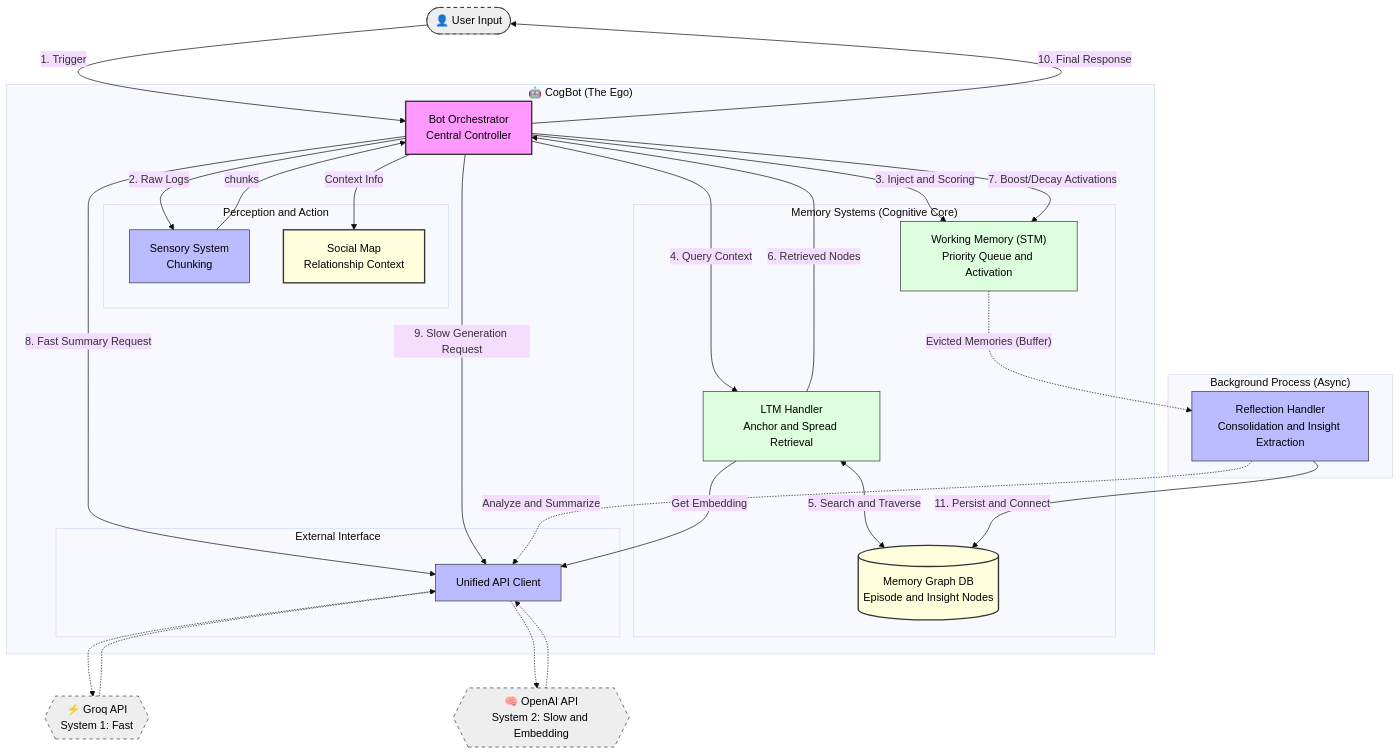
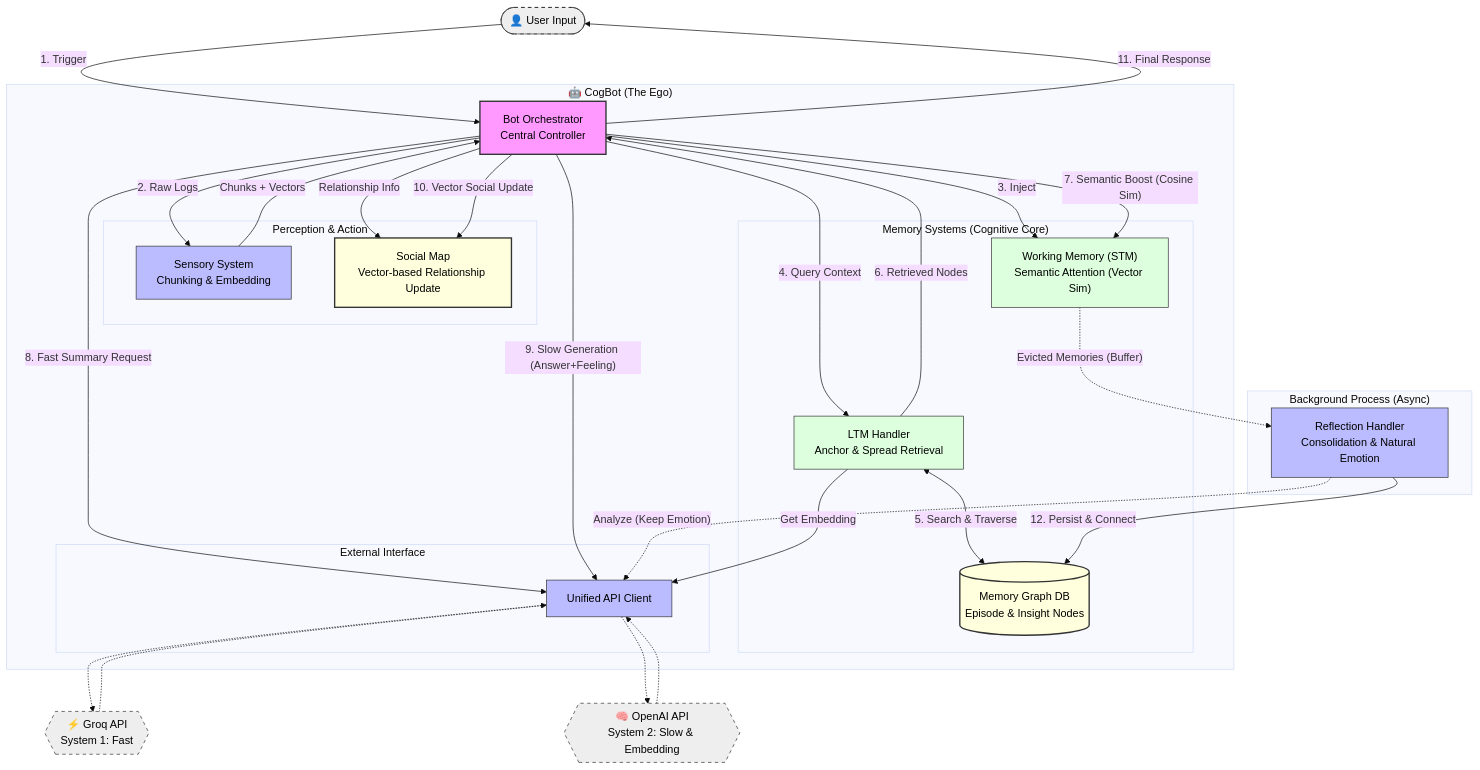
The diagram in readme.md (lpaiu-cs/Artificial-Consciousness), drawn with Mermaid (base theme) before and after one commit. The commit also changed other lines of this file and 6 other files, not shown here.

Commit message:
renewal with vector-based semantic attention, natural language emotion, vector-based social logic

````diff
--- a/readme.md
+++ b/readme.md
@@ -163,74 +172,77 @@
 ```mermaid
 graph TD
     %% --- Styling ---
     classDef ego fill:#f9f,stroke:#333,stroke-width:2px,color:#000;
     classDef memory fill:#dfd,stroke:#333,stroke-width:1px,color:#000;
     classDef process fill:#bbf,stroke:#333,stroke-width:1px,color:#000;
     classDef external fill:#eee,stroke:#333,stroke-width:1px,stroke-dasharray: 5 5,color:#000;
     classDef database fill:#ffd,stroke:#333,stroke-width:2px,color:#000;
 
     %% --- External Entities ---
     User([👤 User Input]):::external
     API_Groq{{⚡ Groq API<br/>System 1: Fast}}:::external
-    API_OpenAI{{🧠 OpenAI API<br/>System 2: Slow and Embedding}}:::external
+    API_OpenAI{{🧠 OpenAI API<br/>System 2: Slow & Embedding}}:::external
 
     %% --- Main System ---
     subgraph "🤖 CogBot (The Ego)"
         BO["Bot Orchestrator<br/>Central Controller"]:::ego
         
-        subgraph "Perception and Action"
-            Sensory["Sensory System<br/>Chunking"]:::process
-            Social["Social Map<br/>Relationship Context"]:::database
+        subgraph "Perception & Action"
+            Sensory["Sensory System<br/>Chunking & Embedding"]:::process
+            Social["Social Map<br/>Vector-based Relationship Update"]:::database
         end
         
         subgraph "Memory Systems (Cognitive Core)"
-            STM["Working Memory (STM)<br/>Priority Queue and Activation"]:::memory
-            LTM_Handler["LTM Handler<br/>Anchor and Spread Retrieval"]:::memory
-            LTM_Graph[("Memory Graph DB<br/>Episode and Insight Nodes")]:::database
+            STM["Working Memory (STM)<br/>Semantic Attention (Vector Sim)"]:::memory
+            LTM_Handler["LTM Handler<br/>Anchor & Spread Retrieval"]:::memory
+            LTM_Graph[("Memory Graph DB<br/>Episode & Insight Nodes")]:::database
         end
         
         subgraph "External Interface"
             UnifiedAPI["Unified API Client"]:::process
         end
     end
 
     %% --- Background Process ---
     subgraph "Background Process (Async)"
-        Reflection["Reflection Handler<br/>Consolidation and Insight Extraction"]:::process
+        Reflection["Reflection Handler<br/>Consolidation & Natural Emotion"]:::process
     end
 
     %% --- Main Flow ---
     User -->|"1. Trigger"| BO
 
-    %% 2. Perception and STM Injection
+    %% 2. Perception & STM Injection
     BO -->|"2. Raw Logs"| Sensory
-    Sensory -->|"chunks"| BO
-    BO -->|"3. Inject and Scoring"| STM
+    Sensory -->|"Chunks + Vectors"| BO
+    BO -->|"3. Inject"| STM
 
     %% 3. Retrieval Loop
     BO -->|"4. Query Context"| LTM_Handler
     LTM_Handler -->|"Get Embedding"| UnifiedAPI
-    LTM_Handler <-->|"5. Search and Traverse"| LTM_Graph
+    LTM_Handler <-->|"5. Search & Traverse"| LTM_Graph
     LTM_Handler -->|"6. Retrieved Nodes"| BO
     
-    %% 4. Attention (Scoring Update)
-    BO -->|"7. Boost/Decay Activations"| STM
+    %% 4. Attention (Vector Update)
+    BO -->|"7. Semantic Boost (Cosine Sim)"| STM
 
     %% 5. Cognition (Dual Process)
-    BO -->|"Context Info"| Social
+    BO -->|"Relationship Info"| Social
     
     BO -->|"8. Fast Summary Request"| UnifiedAPI
     UnifiedAPI -.-> API_Groq
     API_Groq -.-> UnifiedAPI
     
-    BO -->|"9. Slow Generation Request"| UnifiedAPI
+    BO -->|"9. Slow Generation (Answer+Feeling)"| UnifiedAPI
     UnifiedAPI -.-> API_OpenAI
     API_OpenAI -.-> UnifiedAPI
 
-    BO -->|"10. Final Response"| User
+    %% 6. Action & Social Update
+    BO -->|"10. Vector Social Update"| Social
+    BO -->|"11. Final Response"| User
 
     %% --- Background Flows ---
     STM -.->|"Evicted Memories (Buffer)"| Reflection
-    Reflection -.->|"Analyze and Summarize"| UnifiedAPI
-    Reflection -->|"11. Persist and Connect"| LTM_Graph
+    Reflection -.->|"Analyze (Keep Emotion)"| UnifiedAPI
+    Reflection -->|"12. Persist & Connect"| LTM_Graph
+
 ```
````
